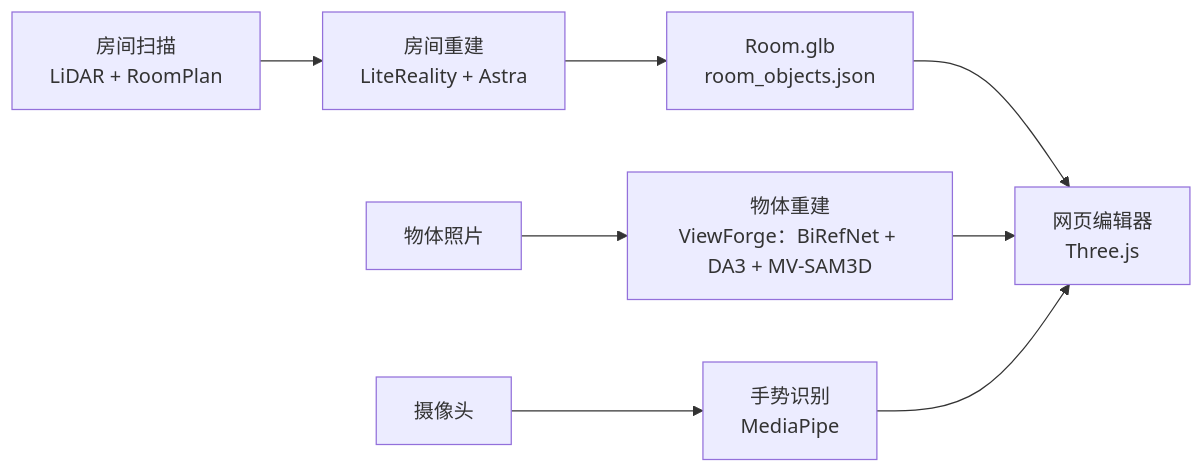
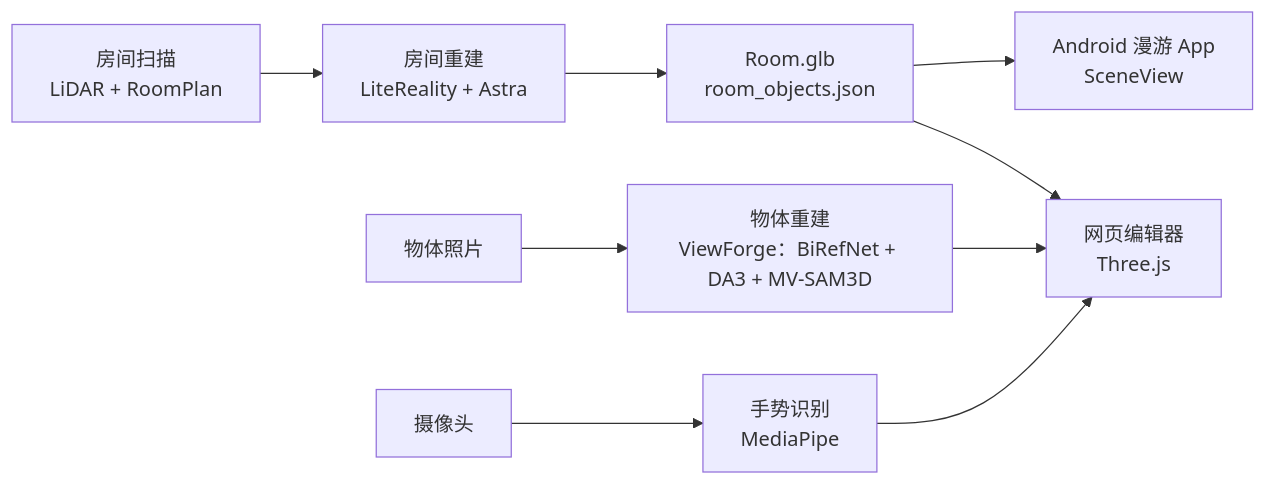
Before and after one commit to innovationasuna/RoomCanvas: the diagram in README.md, drawn with Mermaid. The commit also changed other lines of this file and 5 other files, not shown here.

````diff
--- a/README.md
+++ b/README.md
@@ -41,9 +43,10 @@
 ```mermaid
 flowchart LR
   scan["房间扫描<br/>LiDAR + RoomPlan"] --> room["房间重建<br/>LiteReality + Astra"]
   room --> glb["Room.glb<br/>room_objects.json"]
   photos["物体照片"] --> object["物体重建<br/>ViewForge：BiRefNet + DA3 + MV-SAM3D"]
   glb --> editor["网页编辑器<br/>Three.js"]
   object --> editor
   camera["摄像头"] --> gesture["手势识别<br/>MediaPipe"] --> editor
+  glb --> app["Android 漫游 App<br/>SceneView"]
 ```
````
